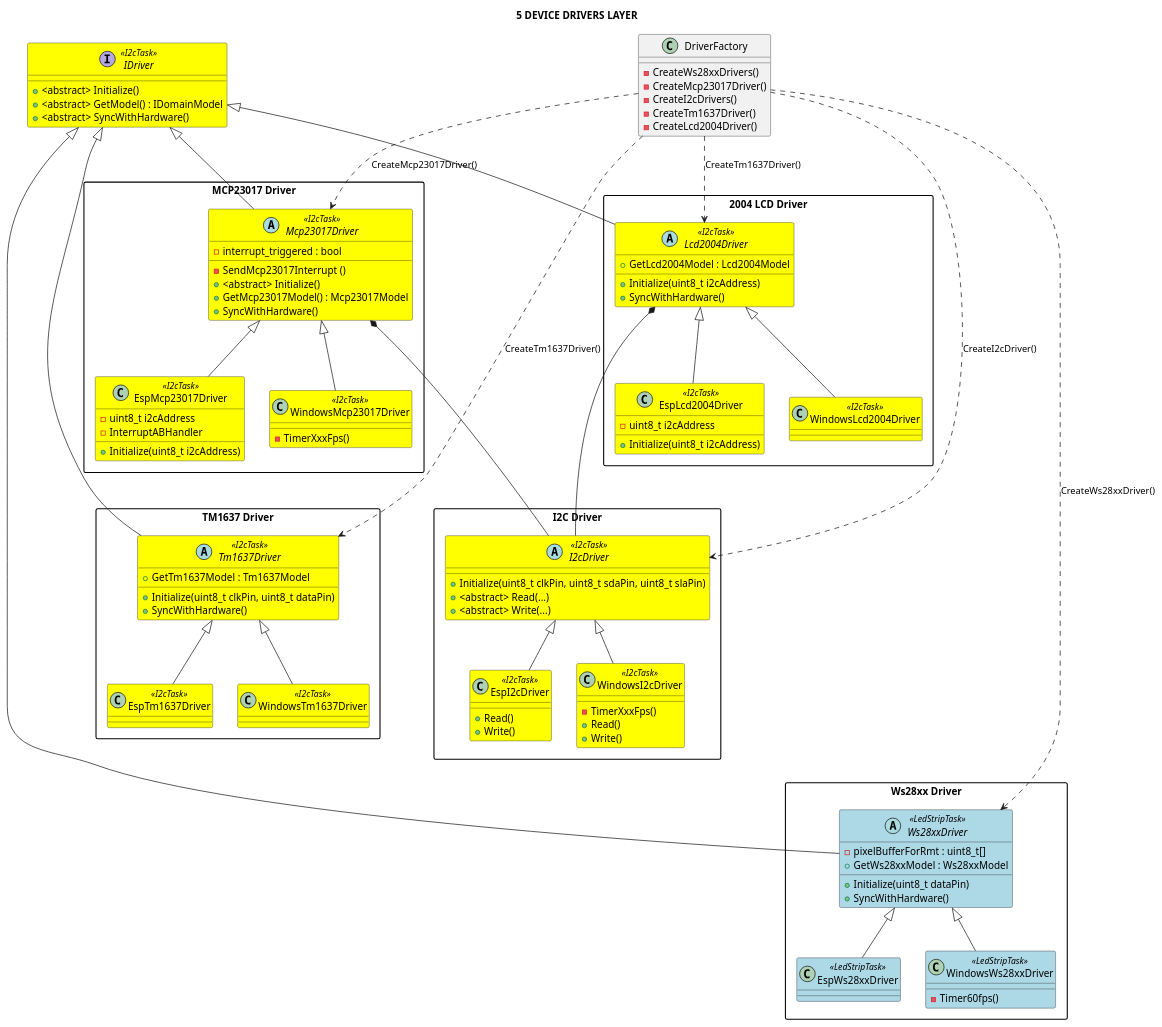
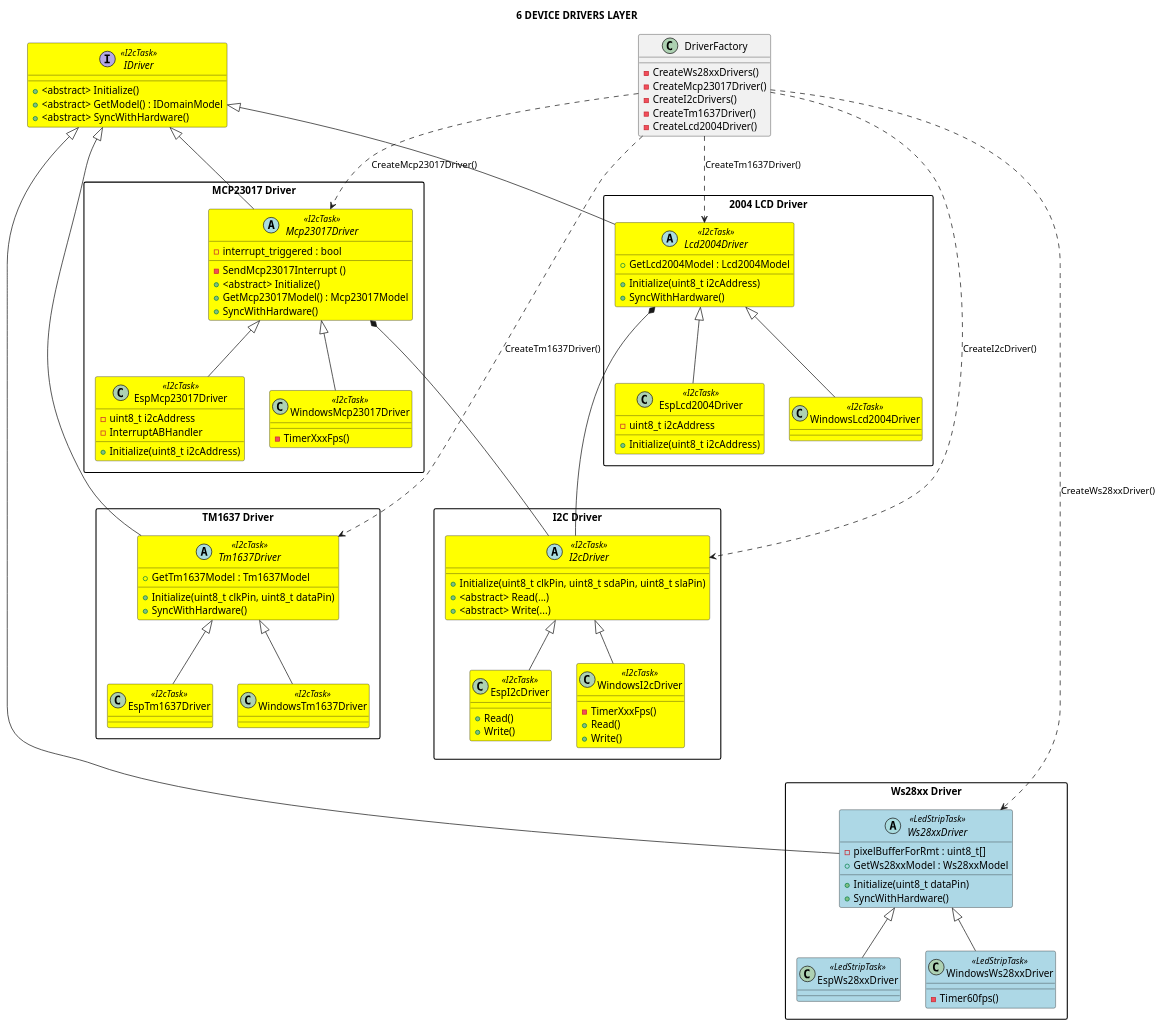
One commit to michelkeijzers/fraxis changed the diagram in Docs/Software Design/Layers/L6_device_drivers_layer.puml. Above: the diagram before and after it, drawn with PlantUML. The commit also changed 30 other files, not shown here.

```diff
--- a/Docs/Software Design/Layers/L6_device_drivers_layer.puml
+++ b/Docs/Software Design/Layers/L6_device_drivers_layer.puml
@@ -1,156 +1,156 @@
 @startuml
 
-title 5 DEVICE DRIVERS LAYER
+title 6 DEVICE DRIVERS LAYER
 
 skinparam packageStyle rectangle
 skinparam lineThickness 2
 
 class DriverFactory {
     - CreateWs28xxDrivers()
     - CreateMcp23017Driver()
     - CreateI2cDrivers()
     - CreateTm1637Driver()
     - CreateLcd2004Driver()
 }
 
 interface IDriver <<I2cTask>> #yellow
 {
     + <abstract> Initialize() 
     + <abstract> GetModel() : IDomainModel
     + <abstract> SyncWithHardware()
 }
 
 package "Ws28xx Driver"
 {
     abstract class Ws28xxDriver <<LedStripTask>> #lightblue
     {
         - pixelBufferForRmt : uint8_t[]
         + Initialize(uint8_t dataPin)
         + GetWs28xxModel : Ws28xxModel
         + SyncWithHardware()
     }
 
     Ws28xxDriver -u-|> IDriver
 
     class EspWs28xxDriver <<LedStripTask>> #lightblue
 
     class WindowsWs28xxDriver <<LedStripTask>> #lightblue
     {
         -Timer60fps()
     }
 
     Ws28xxDriver <|-- EspWs28xxDriver
     Ws28xxDriver <|-- WindowsWs28xxDriver
     DriverFactory ......> Ws28xxDriver : CreateWs28xxDriver() 
 }
 
 package "I2C Driver"
 {
     abstract class I2cDriver <<I2cTask>> #yellow
     {
         + Initialize(uint8_t clkPin, uint8_t sdaPin, uint8_t slaPin)
         + <abstract> Read(...) 
         + <abstract> Write(...)
     }
 
     class EspI2cDriver <<I2cTask>> #yellow
     {
         + Read()
         + Write()
     }
 
     class WindowsI2cDriver  <<I2cTask>> #yellow
     {
         - TimerXxxFps()
         + Read()
         + Write()
     }
 
     I2cDriver <|-- EspI2cDriver
     I2cDriver <|-- WindowsI2cDriver 
     DriverFactory ..> I2cDriver : CreateI2cDriver()
 }
 
 package "MCP23017 Driver"
 {
     abstract class Mcp23017Driver <<I2cTask>> #yellow
     {
         - interrupt_triggered : bool
         - SendMcp23017Interrupt ()
         + <abstract> Initialize()
         + GetMcp23017Model() : Mcp23017Model
         + SyncWithHardware()
     }
 
     Mcp23017Driver -u-|> IDriver
 
     class EspMcp23017Driver <<I2cTask>> #yellow
     {
         - uint8_t i2cAddress
         - InterruptABHandler
         + Initialize(uint8_t i2cAddress)
     }
 
     class WindowsMcp23017Driver <<I2cTask>> #yellow
     {
         - TimerXxxFps()
     }
 
     Mcp23017Driver <|-- EspMcp23017Driver
     Mcp23017Driver <|-- WindowsMcp23017Driver
     Mcp23017Driver *--- I2cDriver
     DriverFactory ..> Mcp23017Driver : CreateMcp23017Driver()
 }
 
 package "2004 LCD Driver"
 {
     abstract class Lcd2004Driver <<I2cTask>> #yellow
     {
         + Initialize(uint8_t i2cAddress)
         + GetLcd2004Model : Lcd2004Model
         + SyncWithHardware()
     }
 
     Lcd2004Driver -u-|> IDriver
 
     class EspLcd2004Driver  <<I2cTask>> #yellow
     {
         - uint8_t i2cAddress
         + Initialize(uint8_t i2cAddress)
     }
 
     class WindowsLcd2004Driver  <<I2cTask>> #yellow
     {
     }
 
     Lcd2004Driver <|-- EspLcd2004Driver
     Lcd2004Driver <|-- WindowsLcd2004Driver
     Lcd2004Driver  *--- I2cDriver
     DriverFactory ..> Lcd2004Driver : CreateTm1637Driver() 
 }
 
 package "TM1637 Driver"
 {
     abstract class Tm1637Driver <<I2cTask>> #yellow
     {
         + Initialize(uint8_t clkPin, uint8_t dataPin)
         + GetTm1637Model : Tm1637Model
         + SyncWithHardware()
     }
 
     Tm1637Driver -u-|> IDriver
 
     class EspTm1637Driver  <<I2cTask>> #yellow
     {
     }
 
     class WindowsTm1637Driver  <<I2cTask>> #yellow
     {
     }
 
     Tm1637Driver <|-- EspTm1637Driver
     Tm1637Driver <|-- WindowsTm1637Driver
     DriverFactory ....> Tm1637Driver : CreateTm1637Driver() 
 }
 
 @enduml
```
